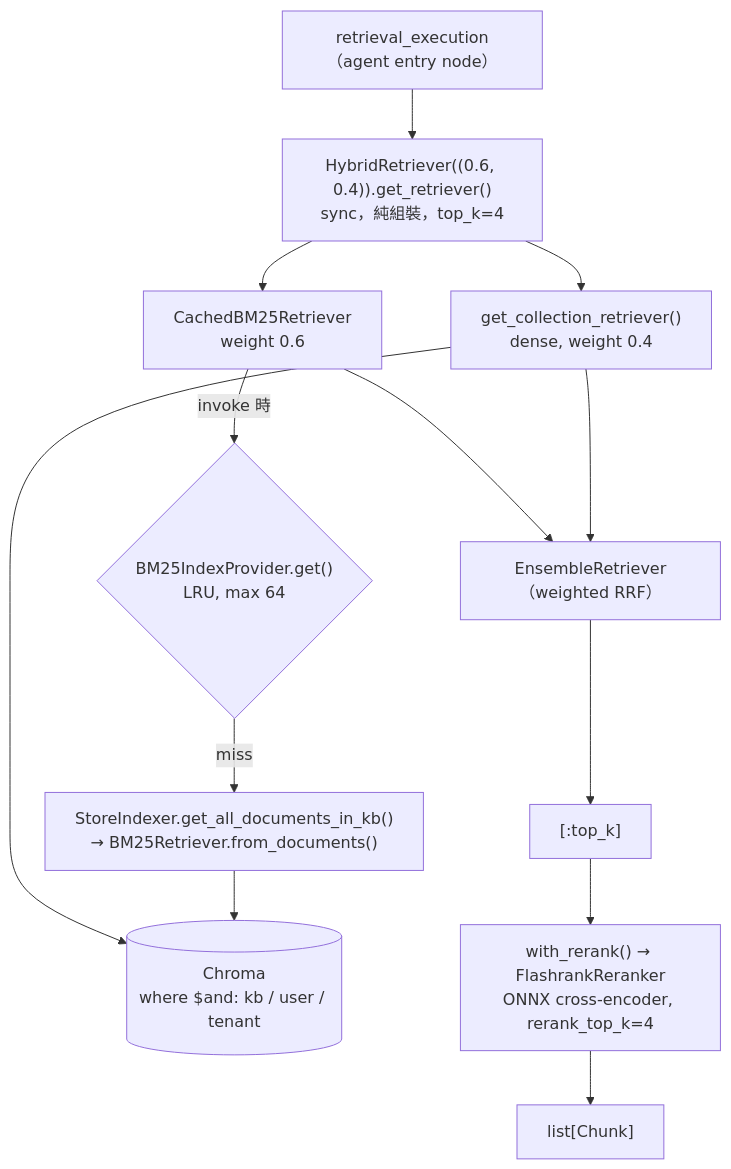
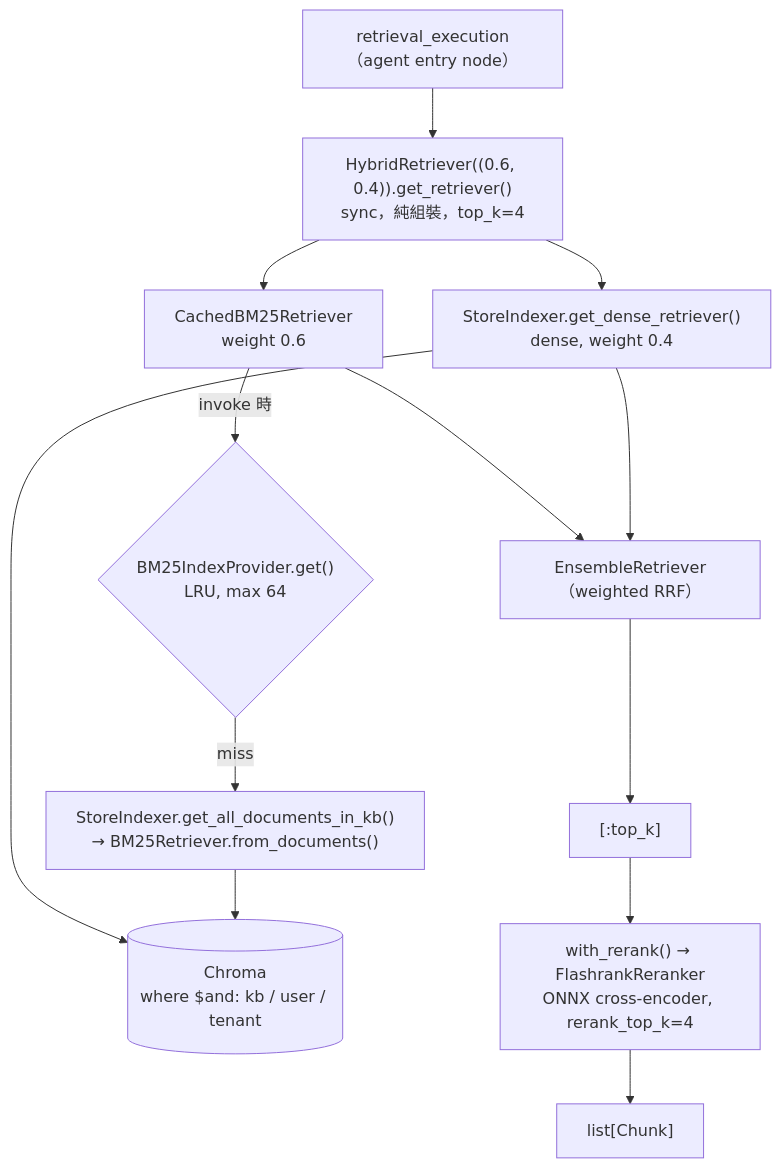
One commit to jltz1207/LoginFastapi changed the second of 8 diagrams in docs/vectorstore/vectorstore-retriever-structure-20261009.md. Above: the diagram before and after it, drawn with Mermaid. The commit also changed other lines of this file and 10 other files, not shown here.

Commit message:
refactor vectore store: add filter scope, move "get_dense_retriever" to storeindexer (Phase 1)

````diff
--- a/docs/vectorstore/vectorstore-retriever-structure-20261009.md
+++ b/docs/vectorstore/vectorstore-retriever-structure-20261009.md
@@ -29,14 +29,14 @@
 ```mermaid
 flowchart TD
     N["retrieval_execution（agent entry node）"] --> HR["HybridRetriever((0.6, 0.4)).get_retriever()<br/>sync，純組裝，top_k=4"]
     HR --> BM["CachedBM25Retriever<br/>weight 0.6"]
-    HR --> DN["get_collection_retriever()<br/>dense, weight 0.4"]
+    HR --> DN["StoreIndexer.get_dense_retriever()<br/>dense, weight 0.4"]
     BM -->|invoke 時| P{"BM25IndexProvider.get()<br/>LRU, max 64"}
     P -->|miss| LOAD["StoreIndexer.get_all_documents_in_kb()<br/>→ BM25Retriever.from_documents()"]
     DN --> DB[("Chroma<br/>where $and: kb / user / tenant")]
     LOAD --> DB
     BM & DN --> EN["EnsembleRetriever（weighted RRF）"]
     EN --> TR["[:top_k]"]
     TR --> RR["with_rerank() → FlashrankReranker<br/>ONNX cross-encoder, rerank_top_k=4"]
     RR --> OUT["list[Chunk]"]
 ```
````
